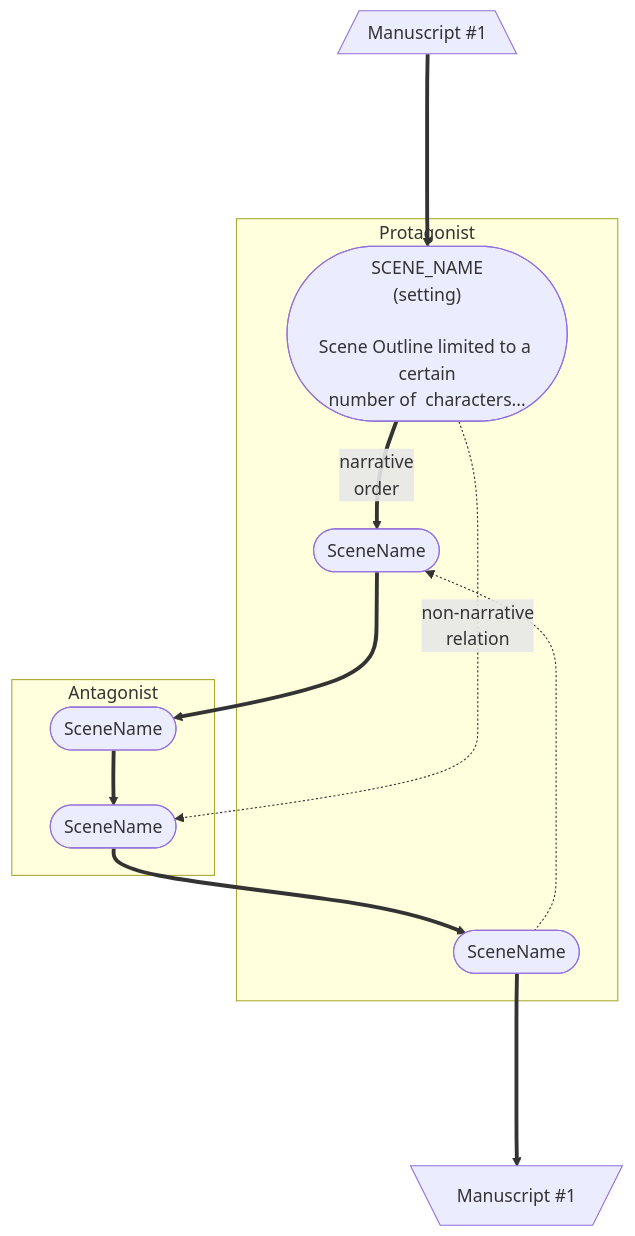
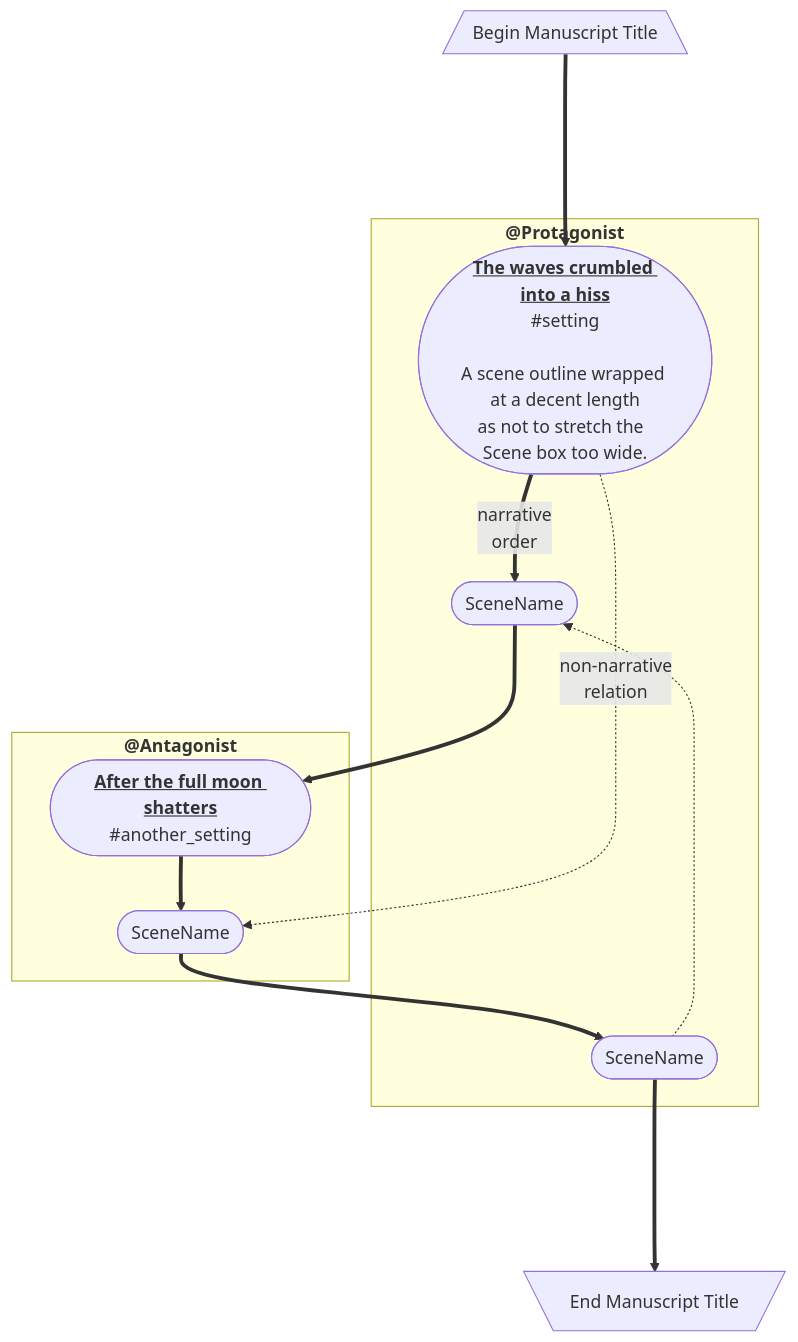
The diagram in README.md (MLAOPDX/monkeytale), drawn with Mermaid before and after one commit. The commit also changed other lines of this file, not shown here.

Commit message:
docs(README) Visualization example

````diff
--- a/README.md
+++ b/README.md
@@ -47,25 +18,25 @@
 ```mermaid
 flowchart TB
-    BEGIN[/"Manuscript #1"\]
-    END[\Manuscript #1/]
+    BEGIN[/"Begin Manuscript Title"\]
+    END[\"End Manuscript Title"/]
 
-    subgraph PoV1 [Protagonist]
-        SN2(["SCENE_NAME\n(setting)\n\nScene Outline limited to a certain\nnumber of  characters..."])
+    subgraph PoV1 ["<b>@Protagonist"</b>]
+        SN2(["<b><u>The waves crumbled into a hiss</u></b>\n#setting\n\nA scene outline wrapped at a decent length\nas not to stretch the  Scene box too wide."])
         SN3([SceneName])
         SN8([SceneName])
     end
 
-    subgraph PoV2 [Antagonist]
-        SN4([SceneName])
+    subgraph PoV2 ["<b>@Antagonist</b>"]
+        SN4([<b><u>After the full moon shatters</u></b>\n#another_setting])
         SN6([SceneName])
     end
 
     BEGIN ====> SN2
     
     SN2 ==narrative\norder==> SN3 ==> SN4 ==> SN6 ==> SN8
 
     SN8 ====> END
     
     SN2 -.non-narrative\nrelation.-> SN6
     SN8 -.-> SN3
 ```
````
